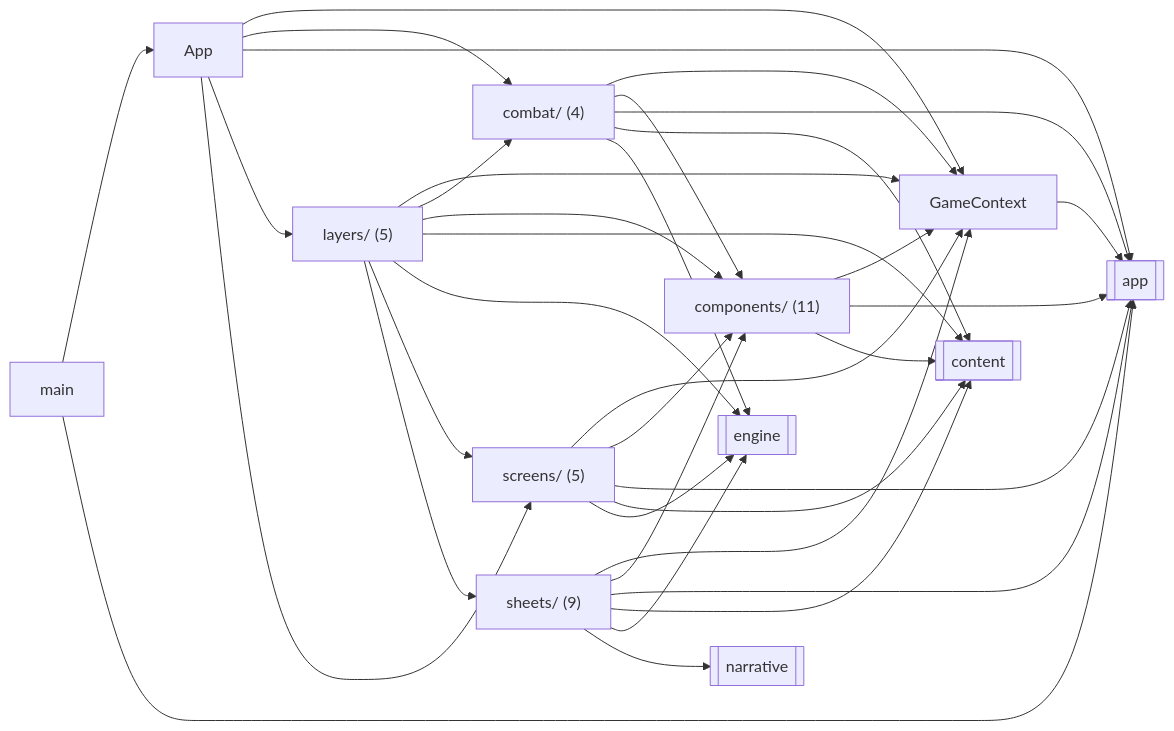
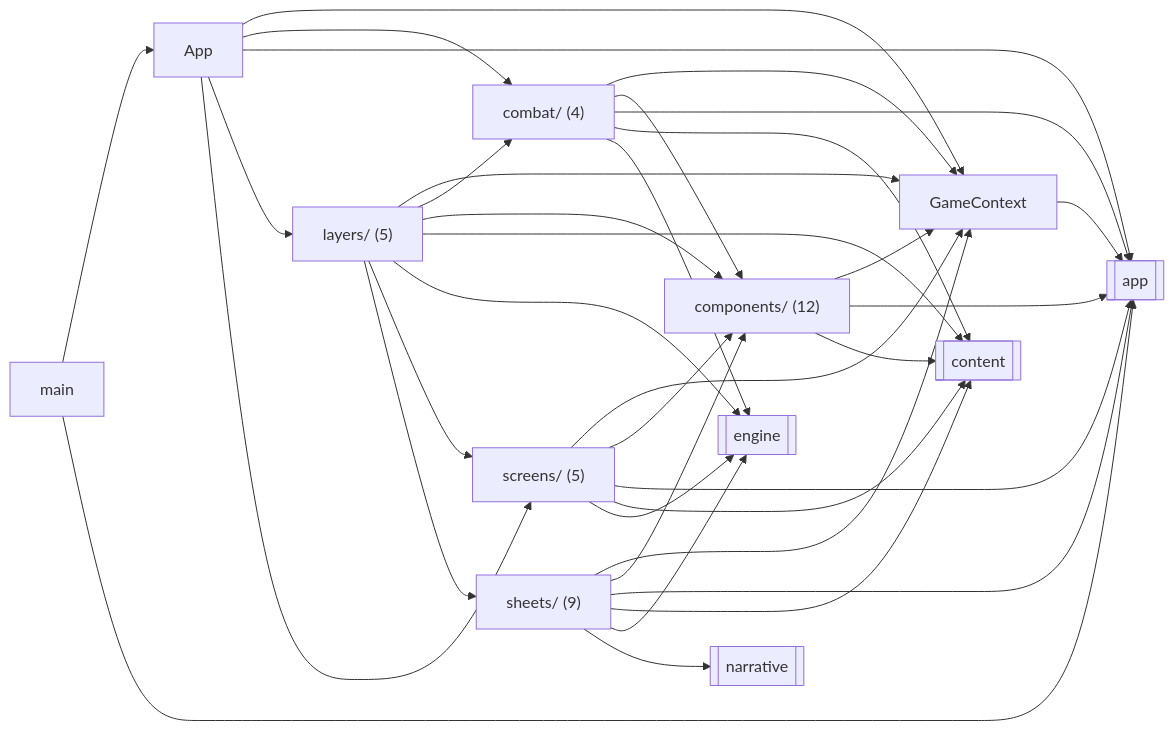
The diagram in docs/reference/code-map/ui.md (OrangeB0lt/Cyber-funk), drawn with Mermaid before and after one commit. The commit also changed other lines of this file and 10 other files, not shown here.

````diff
--- a/docs/reference/code-map/ui.md
+++ b/docs/reference/code-map/ui.md
@@ -11,49 +11,49 @@
 ```mermaid
 flowchart LR
   n_App["App"]
   n_GameContext["GameContext"]
   n_combat_["combat/ (4)"]
-  n_components_["components/ (11)"]
+  n_components_["components/ (12)"]
   n_layers_["layers/ (5)"]
   n_main["main"]
   n_screens_["screens/ (5)"]
   n_sheets_["sheets/ (9)"]
   n_ext_app[["app"]]
   n_ext_content[["content"]]
   n_ext_engine[["engine"]]
   n_ext_narrative[["narrative"]]
   n_App --> n_GameContext
   n_App --> n_combat_
   n_App --> n_ext_app
   n_App --> n_layers_
   n_App --> n_screens_
   n_GameContext --> n_ext_app
   n_combat_ --> n_GameContext
   n_combat_ --> n_components_
   n_combat_ --> n_ext_app
   n_combat_ --> n_ext_content
   n_combat_ --> n_ext_engine
   n_components_ --> n_GameContext
   n_components_ --> n_ext_app
   n_components_ --> n_ext_content
   n_layers_ --> n_GameContext
   n_layers_ --> n_combat_
   n_layers_ --> n_components_
   n_layers_ --> n_ext_content
   n_layers_ --> n_ext_engine
   n_layers_ --> n_screens_
   n_layers_ --> n_sheets_
   n_main --> n_App
   n_main --> n_ext_app
   n_screens_ --> n_GameContext
   n_screens_ --> n_components_
   n_screens_ --> n_ext_app
   n_screens_ --> n_ext_content
   n_screens_ --> n_ext_engine
   n_sheets_ --> n_GameContext
   n_sheets_ --> n_components_
   n_sheets_ --> n_ext_app
   n_sheets_ --> n_ext_content
   n_sheets_ --> n_ext_engine
   n_sheets_ --> n_ext_narrative
 ```
````
